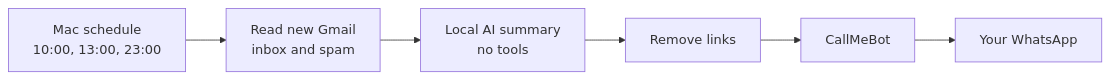
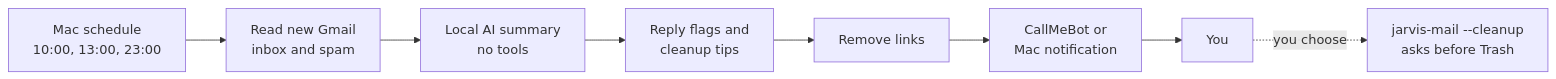
The diagram in README.md (NaomiKwamboka0/jarvis-marrys-whatsapp), drawn with Mermaid before and after one commit. The commit also changed other lines of this file and 6 other files, not shown here.

First line of the commit message:
Add reply flags, cleanup tips and confirmed sender cleanup

````diff
--- a/README.md
+++ b/README.md
@@ -18,8 +27,10 @@
 ```mermaid
 flowchart LR
   A[Mac schedule<br>10:00, 13:00, 23:00] --> B[Read new Gmail<br>inbox and spam]
   B --> C[Local AI summary<br>no tools]
-  C --> D[Remove links]
-  D --> E[CallMeBot]
-  E --> F[Your WhatsApp]
+  C --> D[Reply flags and<br>cleanup tips]
+  D --> E[Remove links]
+  E --> F[CallMeBot or<br>Mac notification]
+  F --> G[You]
+  G -. you choose .-> H[jarvis-mail --cleanup<br>asks before Trash]
 ```
````
